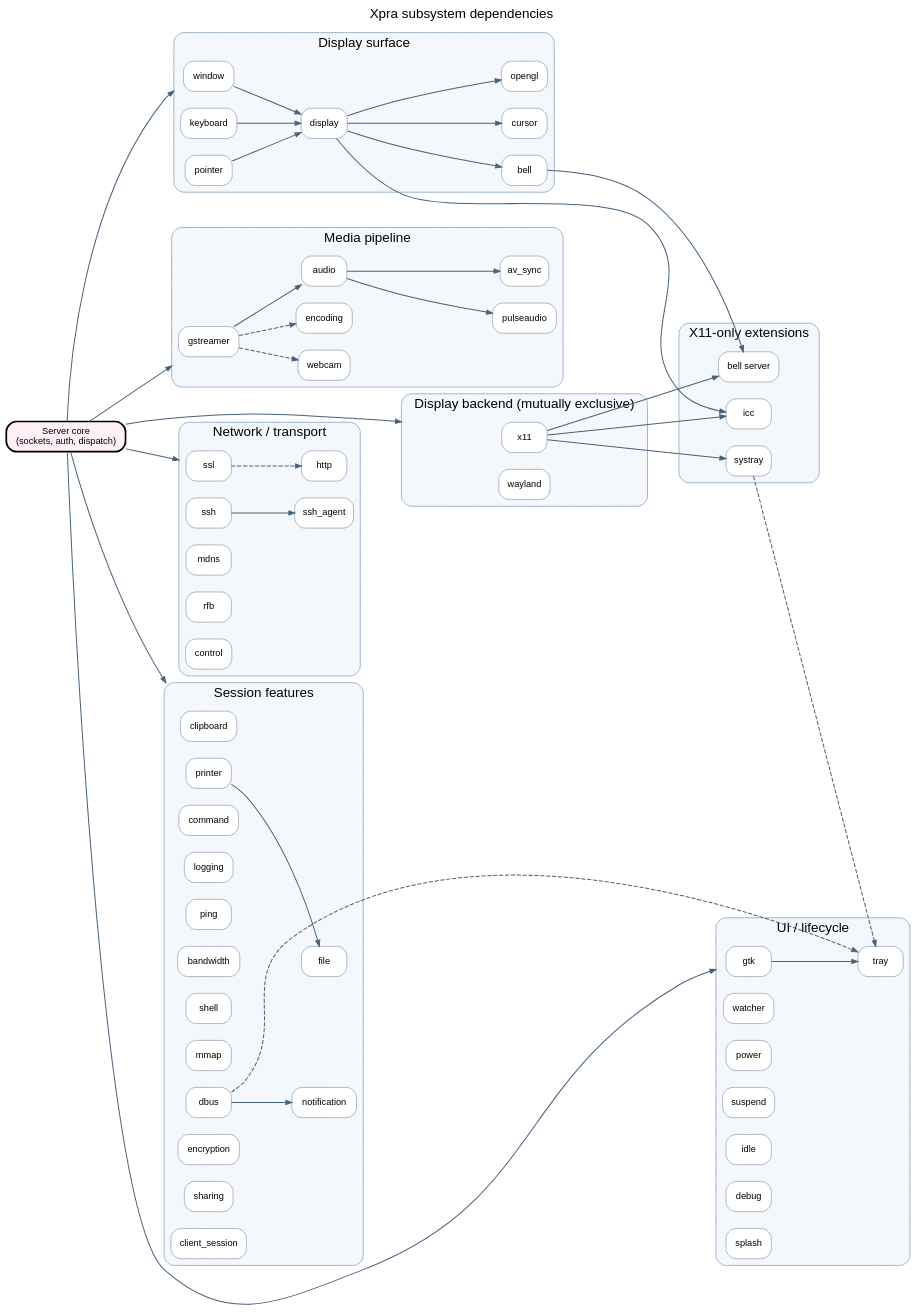
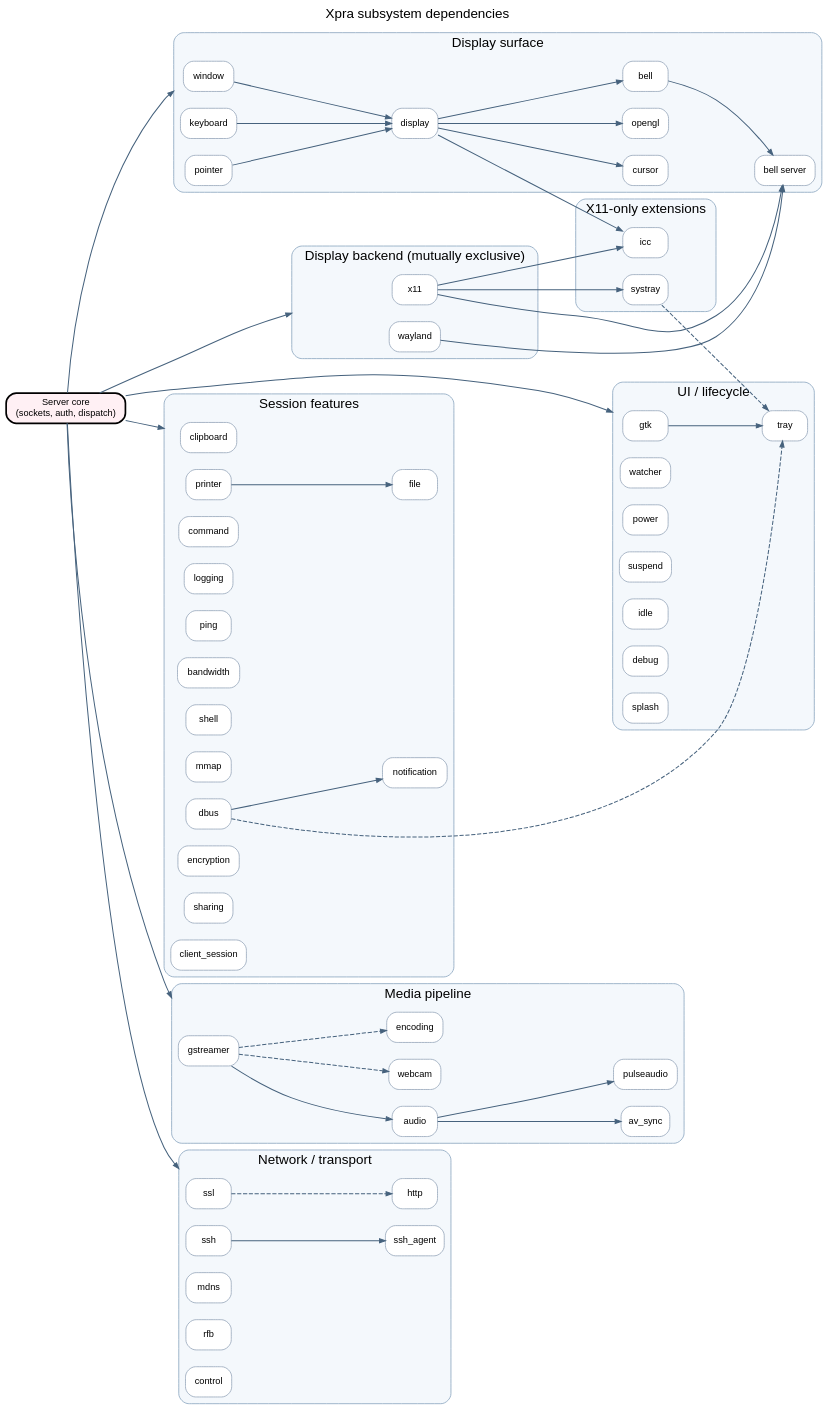
The diagram in docs/Subsystems/subsystems.dot (Xpra-org/xpra), drawn with Graphviz before and after one commit. The commit also changed 10 other files, not shown here.

First line of the commit message:
wayland: forward bell events via `xdg-system-bell`

```diff
--- a/docs/Subsystems/subsystems.dot
+++ b/docs/Subsystems/subsystems.dot
@@ -1,77 +1,79 @@
 digraph Subsystems {
     graph [rankdir=LR, bgcolor="transparent", fontname="sans-serif", fontsize=16,
            nodesep=0.28, ranksep=0.75, pad=0.2, compound=true,
            labelloc=t, label="Xpra subsystem dependencies"];
     node [shape=box, style="rounded,filled", fillcolor="#ffffff", color="#9aaabd",
           fontname="sans-serif", fontsize=11, margin="0.12,0.07"];
     edge [color="#46627d", arrowsize=0.7, penwidth=1.2];
 
     Core [label="Server core\n(sockets, auth, dispatch)", fillcolor="#fff0f4", color="#a04", penwidth=2];
 
     subgraph cluster_Backend {
         label="Display backend (mutually exclusive)";
         color="#8ea9c2"; style="rounded,filled"; fillcolor="#f4f8fc";
         X11 [label="x11"]; Wayland [label="wayland"];
     }
 
     subgraph cluster_Surface {
         label="Display surface";
         color="#8ea9c2"; style="rounded,filled"; fillcolor="#f4f8fc";
         Window [label="window"]; Keyboard [label="keyboard"]; Pointer [label="pointer"];
         Display [label="display"]; Cursor [label="cursor"]; OpenGL [label="opengl"]; Bell [label="bell"];
+        BellSrv [label="bell server"];
         {rank=same; Window; Keyboard; Pointer;}
     }
 
     subgraph cluster_Media {
         label="Media pipeline";
         color="#8ea9c2"; style="rounded,filled"; fillcolor="#f4f8fc";
         GStreamer [label="gstreamer"]; Audio [label="audio"]; Pulseaudio [label="pulseaudio"];
         AVSync [label="av_sync"]; Webcam [label="webcam"]; Encoding [label="encoding"];
     }
 
     subgraph cluster_X11Ext {
         label="X11-only extensions";
         color="#8ea9c2"; style="rounded,filled"; fillcolor="#f4f8fc";
-        ICC [label="icc"]; BellSrv [label="bell server"]; SysTray [label="systray"];
+        ICC [label="icc"]; SysTray [label="systray"];
     }
 
     subgraph cluster_UI {
         label="UI / lifecycle";
         color="#8ea9c2"; style="rounded,filled"; fillcolor="#f4f8fc";
         GTK [label="gtk"]; Tray [label="tray"]; Watcher [label="watcher"]; Power [label="power"];
         Suspend [label="suspend"]; Idle [label="idle"]; Debug [label="debug"]; Splash [label="splash"];
     }
 
     subgraph cluster_Net {
         label="Network / transport";
         color="#8ea9c2"; style="rounded,filled"; fillcolor="#f4f8fc";
         SSL [label="ssl"]; SSH [label="ssh"]; HTTP [label="http"]; MDNS [label="mdns"];
         RFB [label="rfb"]; Control [label="control"]; SSHAgent [label="ssh_agent"];
     }
 
     subgraph cluster_Session {
         label="Session features";
         color="#8ea9c2"; style="rounded,filled"; fillcolor="#f4f8fc";
         Clipboard [label="clipboard"]; FileT [label="file"]; Printer [label="printer"];
         Notification [label="notification"]; Command [label="command"]; Logging [label="logging"];
         Ping [label="ping"]; Bandwidth [label="bandwidth"]; Shell [label="shell"]; MMap [label="mmap"];
         DBus [label="dbus"]; Encryption [label="encryption"]; Sharing [label="sharing"];
         ClientSession [label="client_session"];
     }
 
     Window -> Display; Keyboard -> Display; Pointer -> Display;
     Display -> Cursor; Display -> OpenGL; Display -> Bell;
     GStreamer -> Audio; Audio -> Pulseaudio; Audio -> AVSync;
     GStreamer -> Webcam [style=dashed]; GStreamer -> Encoding [style=dashed];
-    X11 -> ICC; Display -> ICC; X11 -> BellSrv; Bell -> BellSrv; X11 -> SysTray;
+    X11 -> ICC; Display -> ICC; X11 -> SysTray;
+    X11 -> BellSrv; Wayland -> BellSrv; Bell -> BellSrv;
     GTK -> Tray; SysTray -> Tray [style=dashed];
     SSL -> HTTP [style=dashed]; SSH -> SSHAgent;
     Printer -> FileT; DBus -> Notification; DBus -> Tray [style=dashed];
 
     Core -> X11 [lhead=cluster_Backend];
     Core -> Window [lhead=cluster_Surface];
     Core -> GStreamer [lhead=cluster_Media];
     Core -> GTK [lhead=cluster_UI];
     Core -> SSL [lhead=cluster_Net];
     Core -> Clipboard [lhead=cluster_Session];
 }
```
